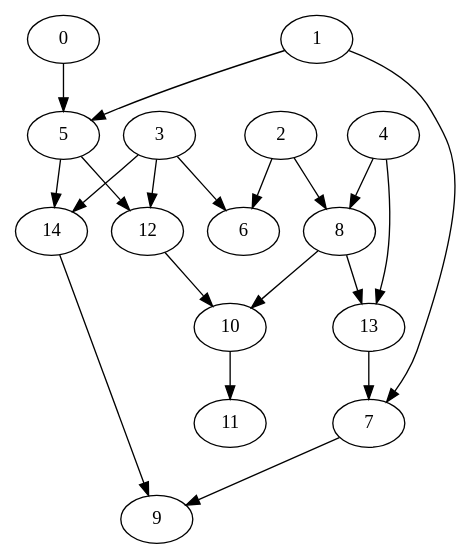
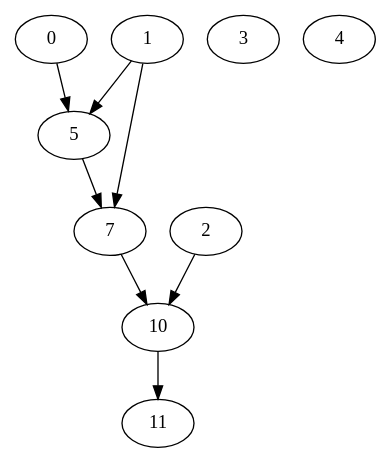
Before and after one commit to Ajax12345/protestGP: the diagram in test.dot, drawn with Graphviz. The commit also changed 1 other file, not shown here.

```diff
--- a/test.dot
+++ b/test.dot
@@ -1,36 +1,18 @@
 strict digraph "" {
 	0	[layer=1];
 	5	[layer=2];
 	0 -> 5;
 	1	[layer=1];
 	1 -> 5;
-	7	[layer=4];
+	7	[layer=3];
 	1 -> 7;
 	2	[layer=1];
-	6	[layer=2];
-	2 -> 6;
-	8	[layer=2];
-	2 -> 8;
+	10	[layer=4];
+	2 -> 10;
 	3	[layer=1];
-	3 -> 6;
-	12	[layer=3];
-	3 -> 12;
-	14	[layer=3];
-	3 -> 14;
 	4	[layer=1];
-	4 -> 8;
-	13	[layer=3];
-	4 -> 13;
-	5 -> 12;
-	5 -> 14;
-	8 -> 13;
-	10	[layer=4];
-	8 -> 10;
-	12 -> 10;
-	13 -> 7;
-	9	[layer=5];
-	14 -> 9;
-	7 -> 9;
-	11	[layer=6];
+	5 -> 7;
+	7 -> 10;
+	11	[layer=5];
 	10 -> 11;
 }
```
